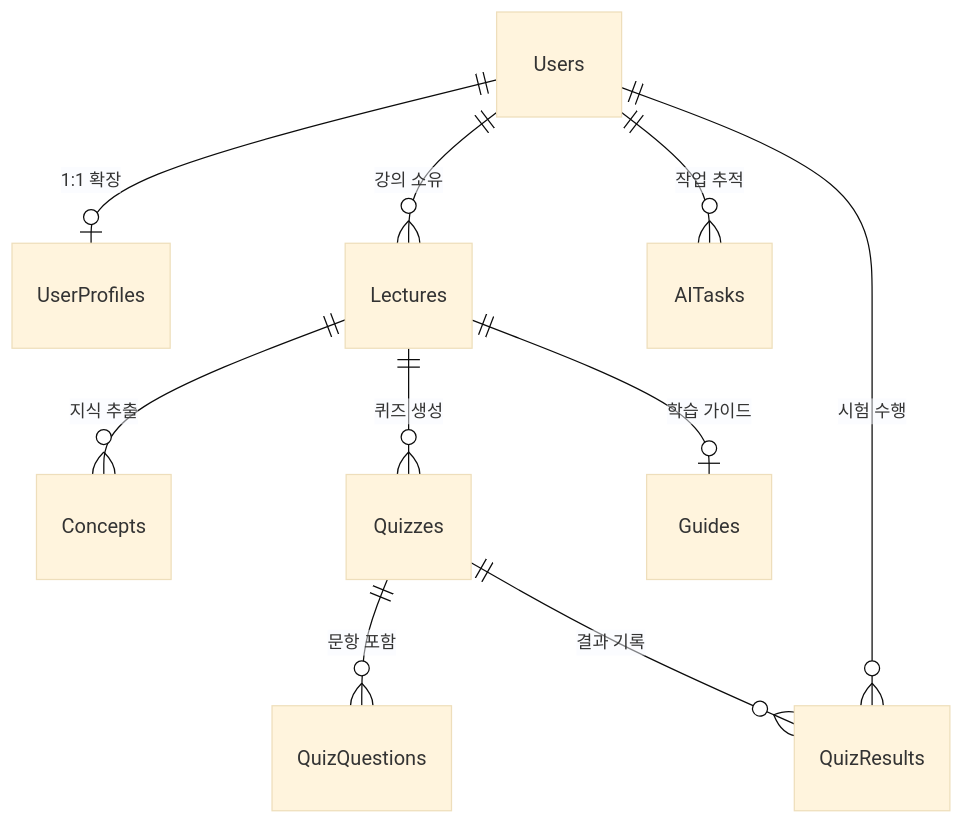
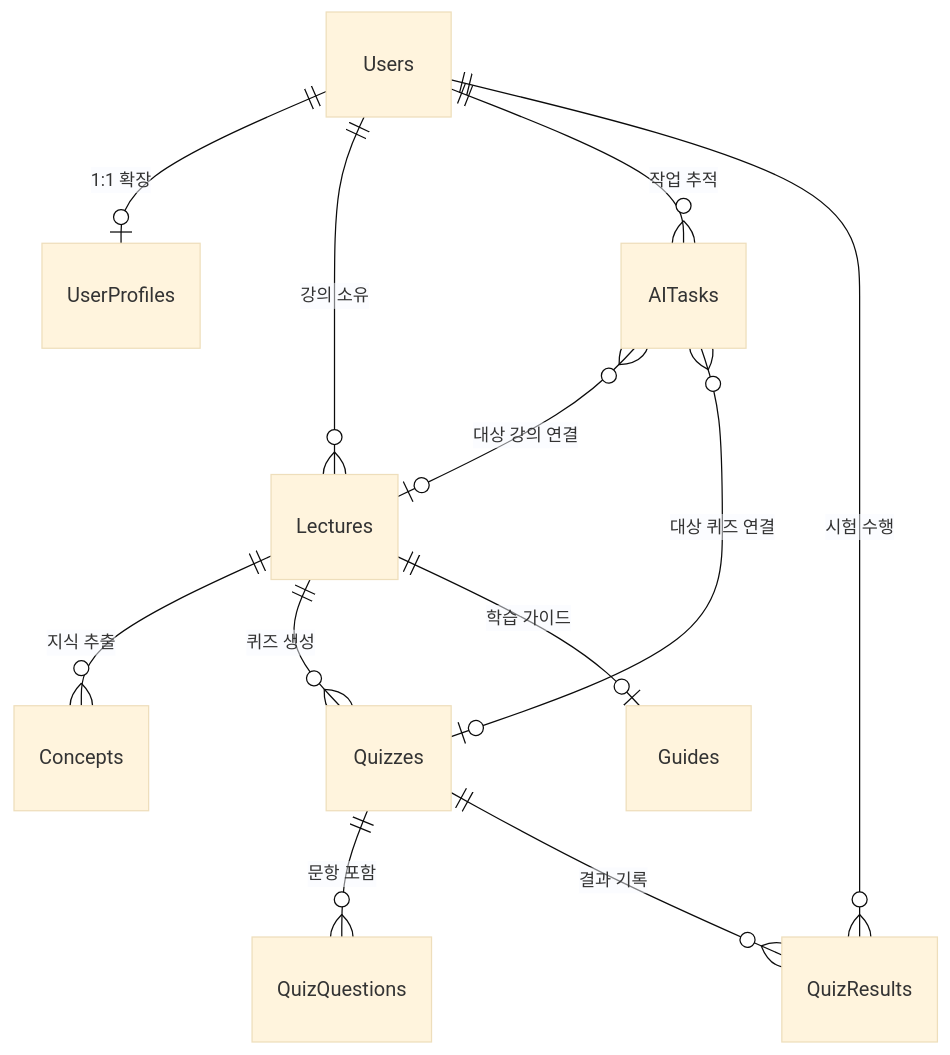
One commit to Mutsa-Rocketdan/Backend-API changed the first of 2 diagrams in README.md. Above: the diagram before and after it, drawn with Mermaid (base theme). The commit also changed other lines of this file, not shown here.

Commit message:
Docs: Update README.md ERD with AITask relations

````diff
--- a/README.md
+++ b/README.md
@@ -50,14 +50,17 @@
 ```mermaid
 erDiagram
     Users ||--o| UserProfiles : "1:1 확장"
     Users ||--o{ Lectures : "강의 소유"
     Users ||--o{ AITasks : "작업 추적"
     Users ||--o{ QuizResults : "시험 수행"
     
     Lectures ||--o{ Concepts : "지식 추출"
     Lectures ||--o{ Quizzes : "퀴즈 생성"
     Lectures ||--o| Guides : "학습 가이드"
     
+    AITasks }o--o| Lectures : "대상 강의 연결"
+    AITasks }o--o| Quizzes : "대상 퀴즈 연결"
+    
     Quizzes ||--o{ QuizQuestions : "문항 포함"
     Quizzes ||--o{ QuizResults : "결과 기록"
 ```
````
